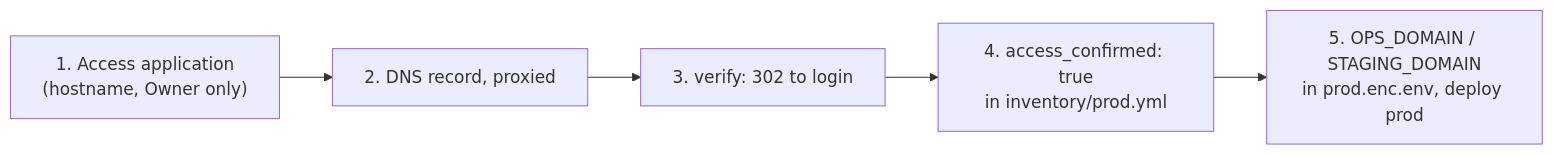
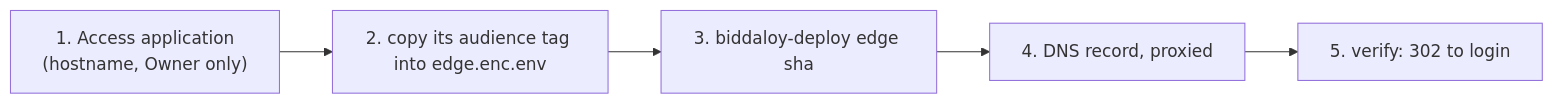
The third of 3 diagrams in docs/architecture/25-cloudflare.md (tareq89/biddaloy), drawn with Mermaid before and after one commit. The commit also changed other lines of this file and 9 other files, not shown here.

````diff
--- a/docs/architecture/25-cloudflare.md
+++ b/docs/architecture/25-cloudflare.md
@@ -115,5 +129,4 @@
 ```mermaid
 flowchart LR
-  A1["1. Access application<br/>(hostname, Owner only)"] --> A2["2. DNS record, proxied"] --> A3["3. verify: 302 to login"]
-  A3 --> A4["4. access_confirmed: true<br/>in inventory/prod.yml"] --> A5["5. OPS_DOMAIN / STAGING_DOMAIN<br/>in prod.enc.env, deploy prod"]
+  A1["1. Access application<br/>(hostname, Owner only)"] --> A2["2. copy its audience tag into edge.enc.env"] --> A3["3. biddaloy-deploy edge sha"] --> A4["4. DNS record, proxied"] --> A5["5. verify: 302 to login"]
 ```
````
